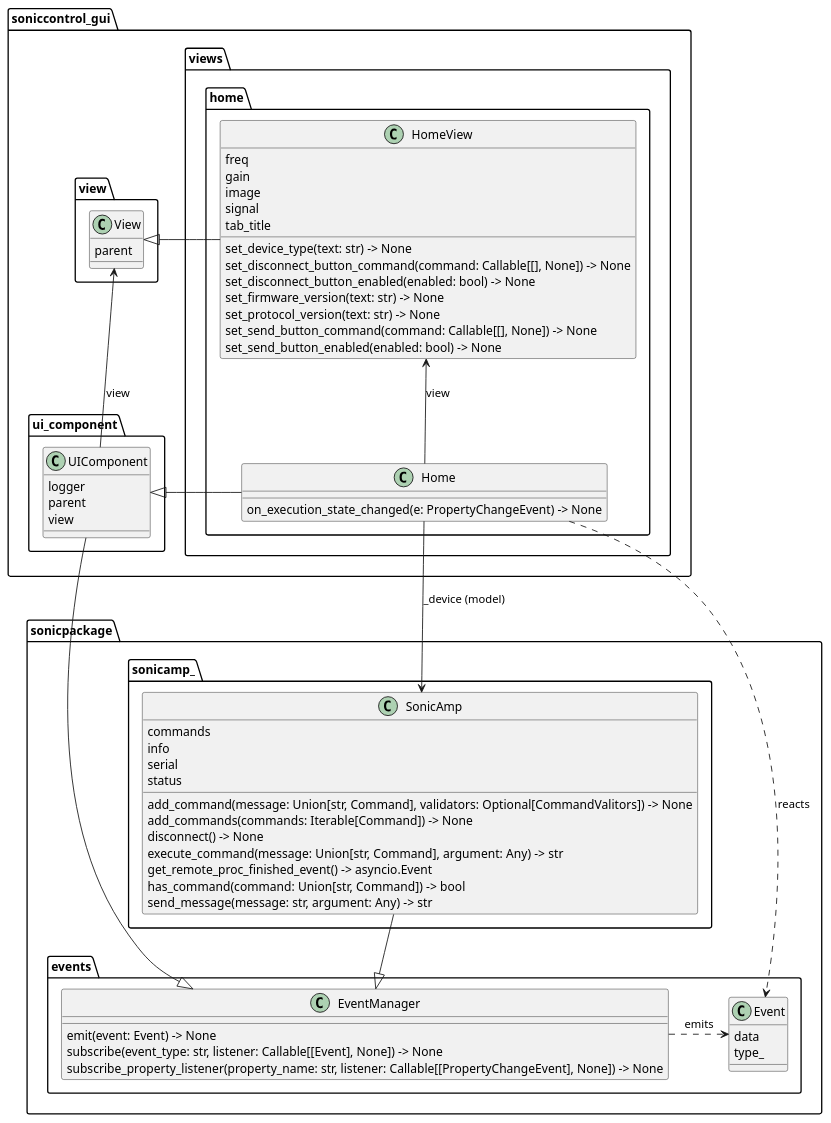
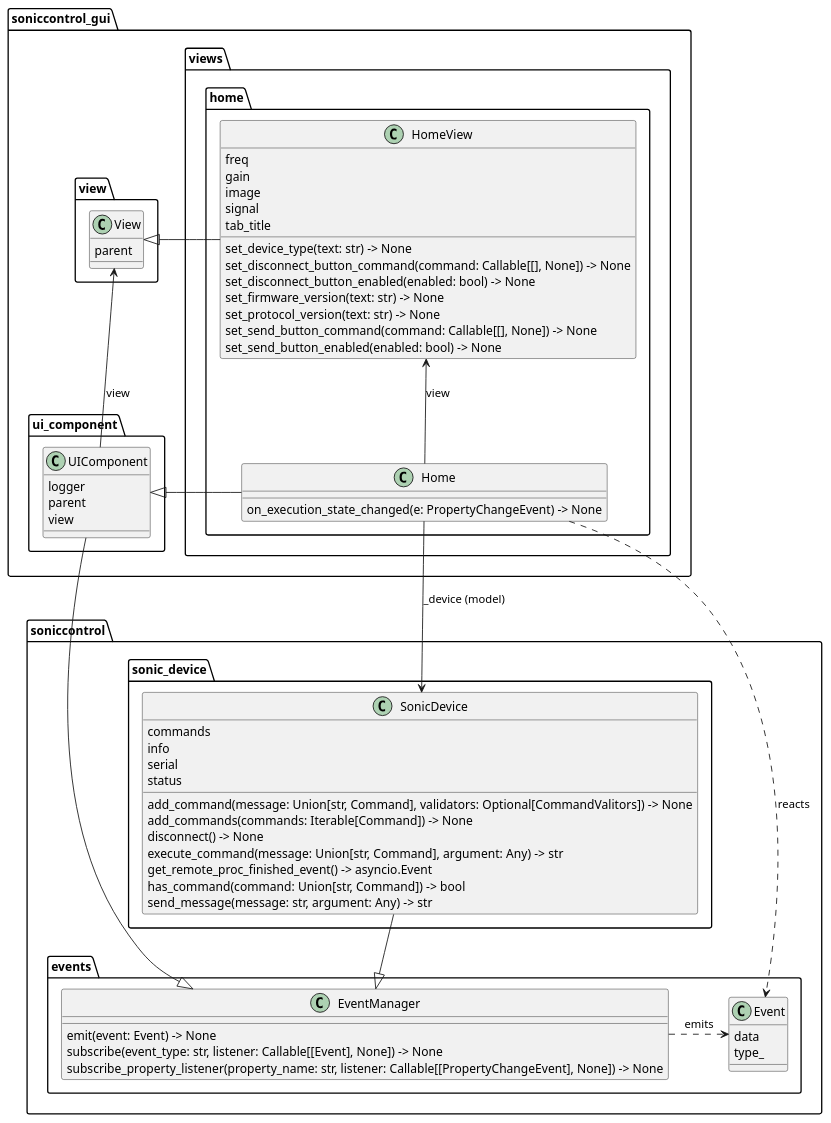
The diagram in docs/diagrams/sonic_control_gui/mvp_code.puml (usepat/soniccontrol), drawn with PlantUML before and after one commit. The commit also changed 168 other files, not shown here.

Commit message:
Changed names from sonicpackage to soniccontrol and from sonicamp to sonic_device.

```diff
--- a/docs/diagrams/sonic_control_gui/mvp_code.puml
+++ b/docs/diagrams/sonic_control_gui/mvp_code.puml
@@ -1,74 +1,74 @@
 @startuml MVP Code 
 
 set separator . 
 top to bottom direction
 
 class "View" as soniccontrol_gui.view.View {
   parent
 }
 
 class "UIComponent" as soniccontrol_gui.ui_component.UIComponent {
   logger
   parent
   view
 }
 
 class "Home" as soniccontrol_gui.views.home.Home {
   on_execution_state_changed(e: PropertyChangeEvent) -> None
 }
 
 class "HomeView" as soniccontrol_gui.views.home.HomeView {
   freq
   gain
   image
   signal
   tab_title
   set_device_type(text: str) -> None
   set_disconnect_button_command(command: Callable[[], None]) -> None
   set_disconnect_button_enabled(enabled: bool) -> None
   set_firmware_version(text: str) -> None
   set_protocol_version(text: str) -> None
   set_send_button_command(command: Callable[[], None]) -> None
   set_send_button_enabled(enabled: bool) -> None
 }
 
-class "Event" as sonicpackage.events.Event {
+class "Event" as soniccontrol.events.Event {
   data
   type_
 }
 
-class "EventManager" as sonicpackage.events.EventManager {
+class "EventManager" as soniccontrol.events.EventManager {
   emit(event: Event) -> None
   subscribe(event_type: str, listener: Callable[[Event], None]) -> None
   subscribe_property_listener(property_name: str, listener: Callable[[PropertyChangeEvent], None]) -> None
 }
 
-class "SonicAmp" as sonicpackage.sonicamp_.SonicAmp {
+class "SonicDevice" as soniccontrol.sonic_device.SonicDevice {
   commands
   info
   serial
   status
   add_command(message: Union[str, Command], validators: Optional[CommandValitors]) -> None
   add_commands(commands: Iterable[Command]) -> None
   disconnect() -> None
   execute_command(message: Union[str, Command], argument: Any) -> str
   get_remote_proc_finished_event() -> asyncio.Event
   has_command(command: Union[str, Command]) -> bool
   send_message(message: str, argument: Any) -> str
 }
 
 
 soniccontrol_gui.views.home.HomeView -l-|> soniccontrol_gui.view.View
 soniccontrol_gui.ui_component.UIComponent -u-> soniccontrol_gui.view.View : view
 
 soniccontrol_gui.views.home.Home -l-|> soniccontrol_gui.ui_component.UIComponent
 soniccontrol_gui.views.home.Home -u-> soniccontrol_gui.views.home.HomeView : view
-soniccontrol_gui.views.home.Home .r.> sonicpackage.events.Event : reacts
+soniccontrol_gui.views.home.Home .r.> soniccontrol.events.Event : reacts
 
-sonicpackage.events.EventManager .r.> sonicpackage.events.Event : emits
+soniccontrol.events.EventManager .r.> soniccontrol.events.Event : emits
 
-sonicpackage.sonicamp_.SonicAmp -d-|> sonicpackage.events.EventManager
-soniccontrol_gui.ui_component.UIComponent -d-|> sonicpackage.events.EventManager
-soniccontrol_gui.views.home.Home -d-> sonicpackage.sonicamp_.SonicAmp : _device (model)
+soniccontrol.sonic_device.SonicDevice -d-|> soniccontrol.events.EventManager
+soniccontrol_gui.ui_component.UIComponent -d-|> soniccontrol.events.EventManager
+soniccontrol_gui.views.home.Home -d-> soniccontrol.sonic_device.SonicDevice : _device (model)
 
 @enduml
```
